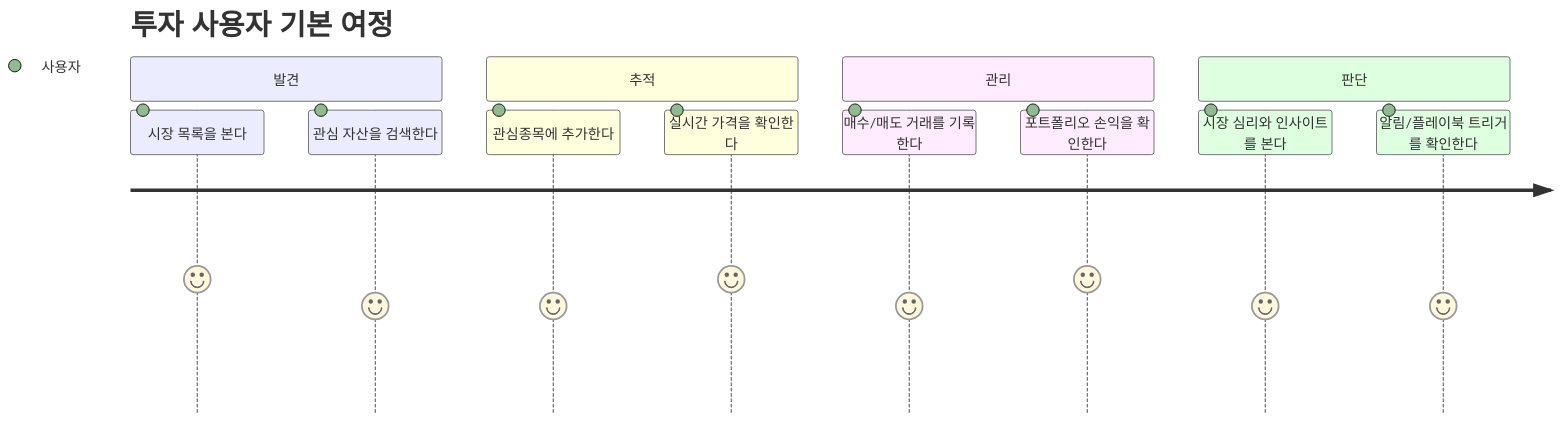
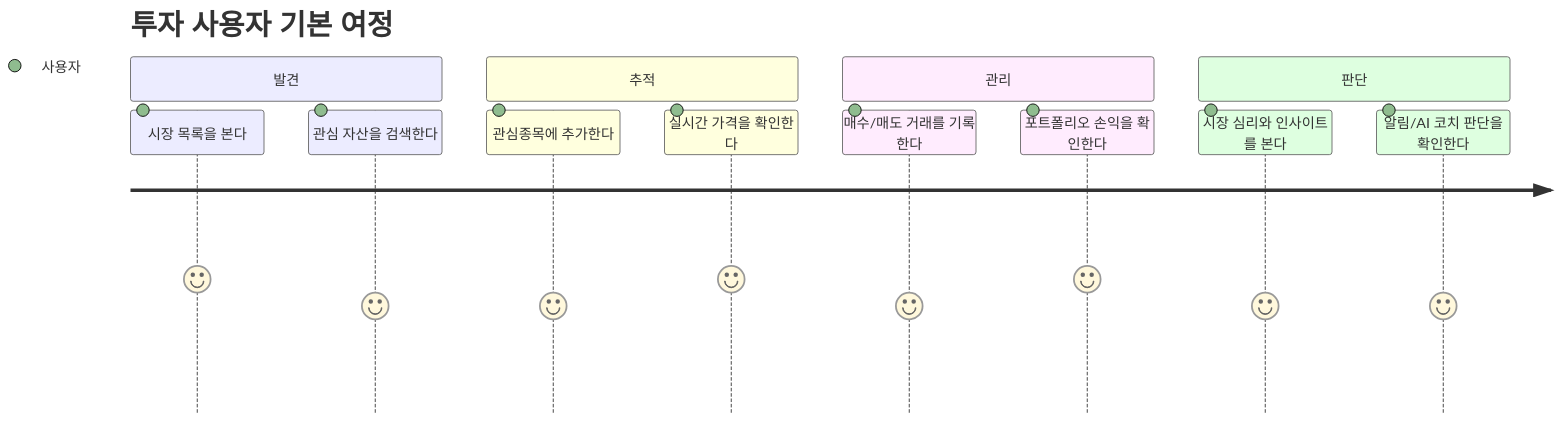
One commit to kwangyoulsagong/SALT changed the second of 2 diagrams in pm/reports/feature-audits/2026-05-24-investment-backend-report.md. Above: the diagram before and after it, drawn with Mermaid. The commit also changed other lines of this file and 6 other files, not shown here.

````diff
--- a/pm/reports/feature-audits/2026-05-24-investment-backend-report.md
+++ b/pm/reports/feature-audits/2026-05-24-investment-backend-report.md
@@ -490,16 +417,16 @@
 ```mermaid
 journey
   title 투자 사용자 기본 여정
   section 발견
     시장 목록을 본다: 5: 사용자
     관심 자산을 검색한다: 4: 사용자
   section 추적
     관심종목에 추가한다: 4: 사용자
     실시간 가격을 확인한다: 5: 사용자
   section 관리
     매수/매도 거래를 기록한다: 4: 사용자
     포트폴리오 손익을 확인한다: 5: 사용자
   section 판단
     시장 심리와 인사이트를 본다: 4: 사용자
-    알림/플레이북 트리거를 확인한다: 4: 사용자
+    알림/AI 코치 판단을 확인한다: 4: 사용자
 ```
````
